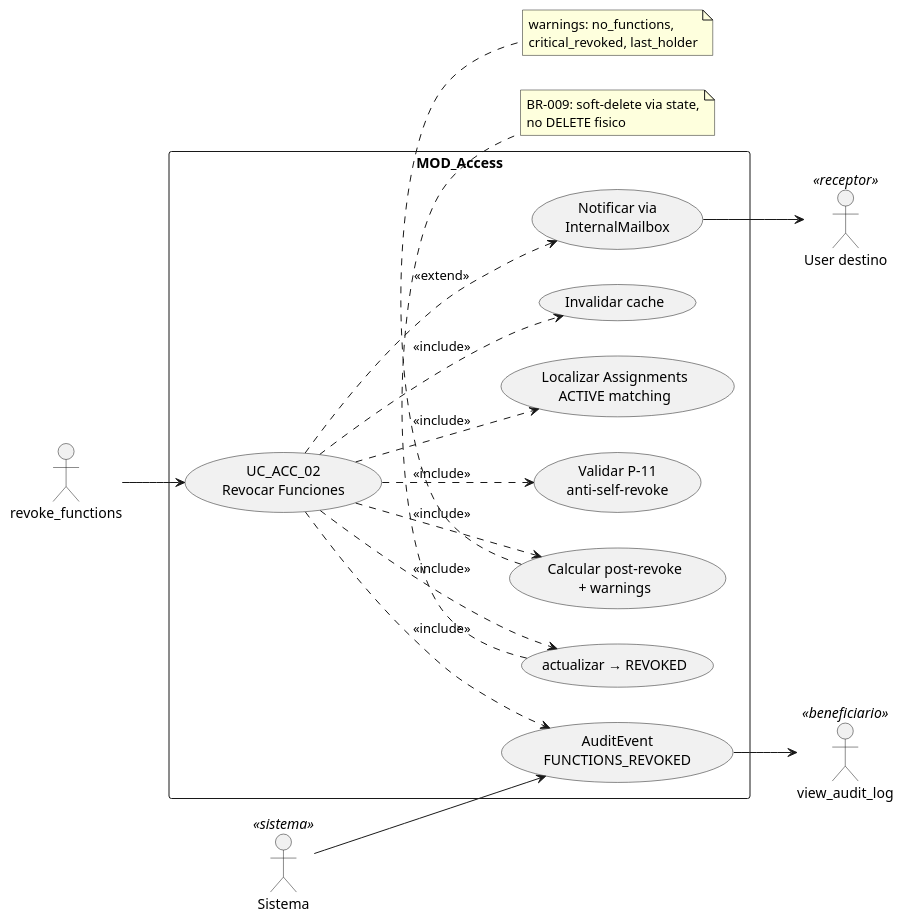
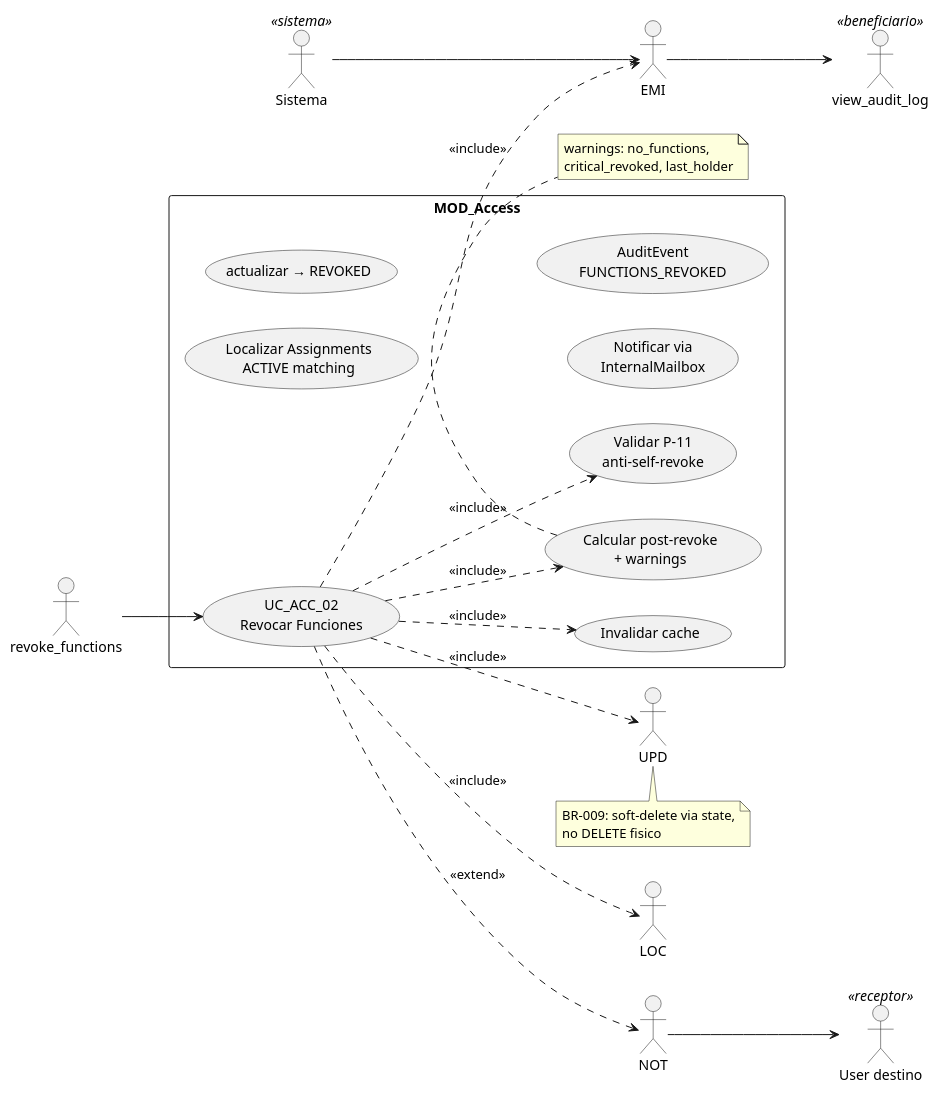
Before and after one commit to jcg-admin/IACT-docs: the diagram in source/requisitos/casos-uso/access/uc-acc-02/diagramas-uml/diagrama-de-caso-de-uso.rst, drawn with PlantUML. The commit also changed 47 other files, not shown here.

First line of the commit message:
Fix cryptic PlantUML aliases in UC and architecture files (STD_011)

```diff
--- a/source/requisitos/casos-uso/access/uc-acc-02/diagramas-uml/diagrama-de-caso-de-uso.rst
+++ b/source/requisitos/casos-uso/access/uc-acc-02/diagramas-uml/diagrama-de-caso-de-uso.rst
@@ -4,45 +4,45 @@
 .. uml::
  :caption: UC_ACC_02 — actores y casos asociados
 
  @startuml
 
  left to right direction
 
  actor "revoke_functions" as INVOKER
  actor "User destino" as TARGET <<receptor>>
  actor "view_audit_log" as view_audit_log <<beneficiario>>
  actor "Sistema" as Sistema <<sistema>>
 
  rectangle "MOD_Access" {
    usecase "UC_ACC_02\nRevocar Funciones" as UC02
    usecase "Validar P-11\nanti-self-revoke" as P11
-   usecase "Localizar Assignments\nACTIVE matching" as LOC
+   usecase "Localizar Assignments\nACTIVE matching" as LocalizadorRecurso
    usecase "Calcular post-revoke\n+ warnings" as CALC
-   usecase "actualizar → REVOKED" as UPD
+   usecase "actualizar → REVOKED" as ActualizarEntidad
    usecase "Invalidar cache" as CACHE
-   usecase "Notificar via\nInternalMailbox" as NOT
-   usecase "AuditEvent\nFUNCTIONS_REVOKED" as EMI
+   usecase "Notificar via\nInternalMailbox" as NotificacionMailbox
+   usecase "AuditEvent\nFUNCTIONS_REVOKED" as AuditEmitter
  }
 
  INVOKER --> UC02
  UC02 ..> P11 : <<include>>
  UC02 ..> LOC : <<include>>
  UC02 ..> CALC : <<include>>
  UC02 ..> UPD : <<include>>
  UC02 ..> CACHE : <<include>>
  UC02 ..> NOT : <<extend>>
  UC02 ..> EMI : <<include>>
  NOT --> TARGET
  Sistema --> EMI
  EMI --> view_audit_log
 
  note bottom of UPD
    BR-009: soft-delete via state,
    no DELETE fisico
  end note
  note bottom of CALC
    warnings: no_functions,
    critical_revoked, last_holder
  end note
 
  @enduml
```
